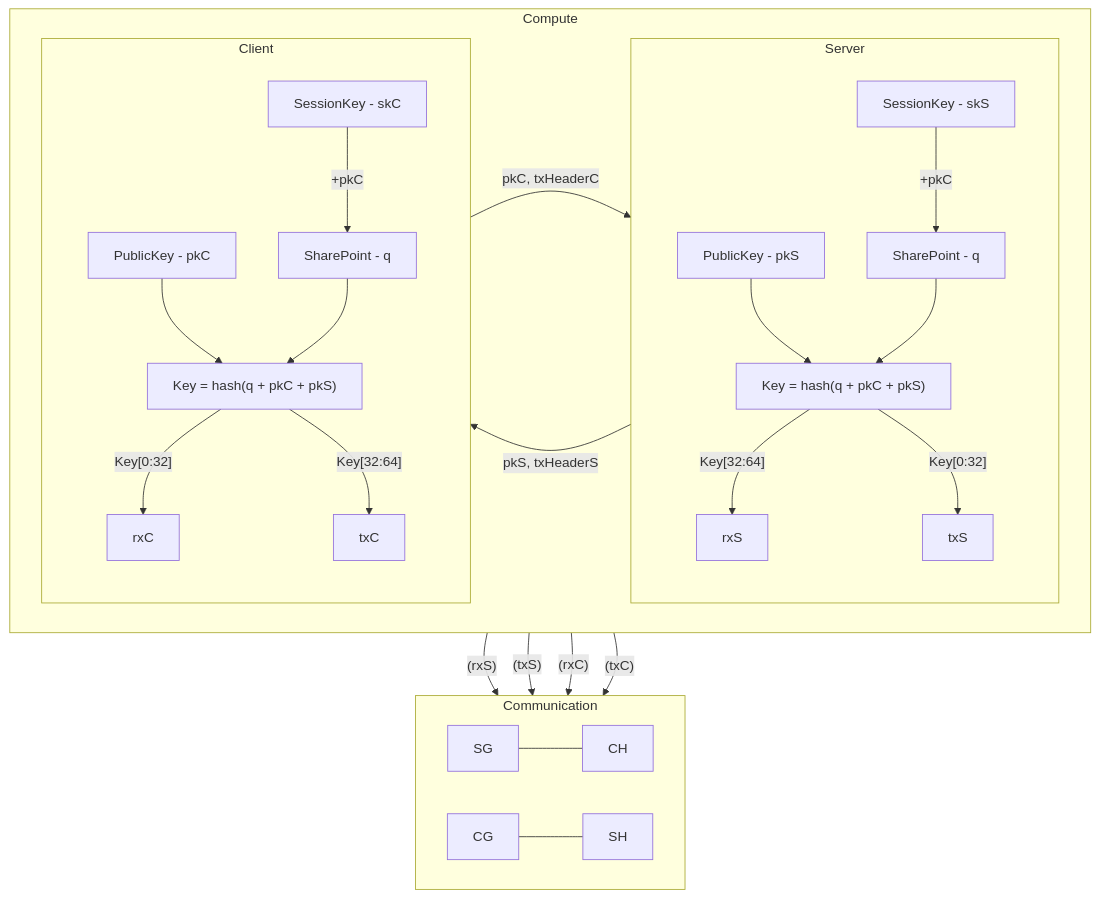
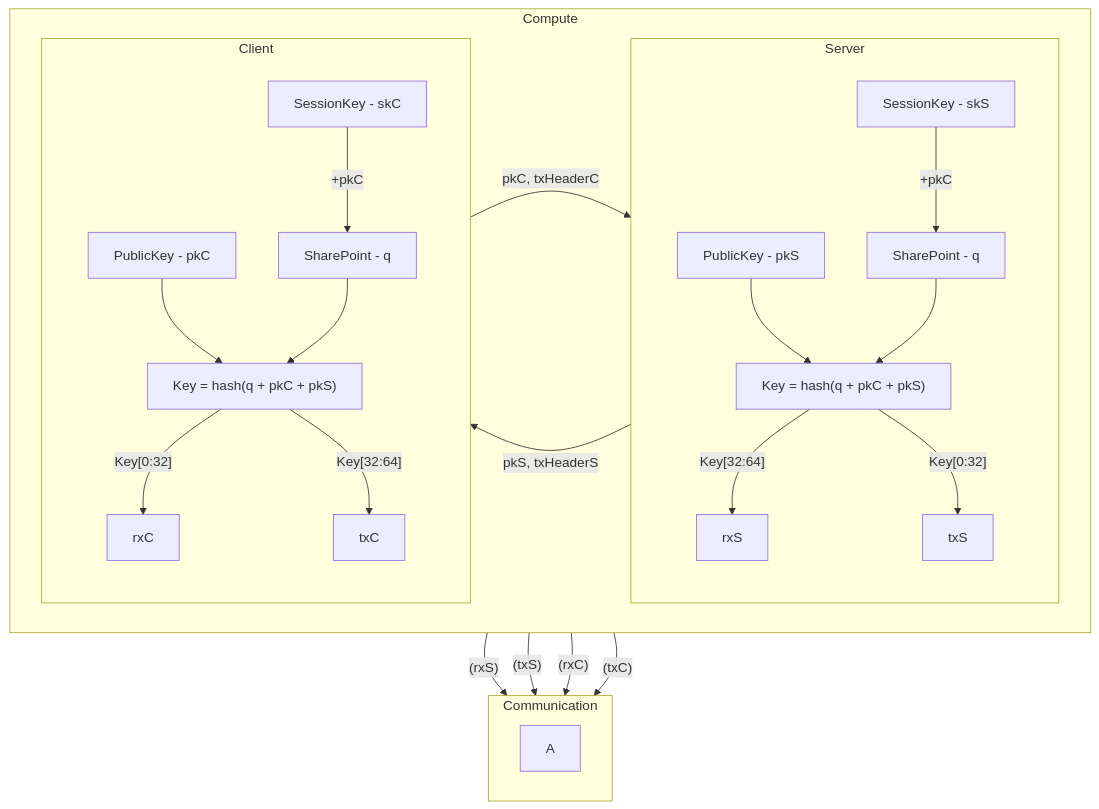
The second of 2 diagrams in simulation/README.md (Alonza0314/SSL-TLS-OpenZiti-Encryption-Study), drawn with Mermaid before and after one commit.

Commit message:
update via git

````diff
--- a/simulation/README.md
+++ b/simulation/README.md
@@ -20,39 +20,37 @@
 ```mermaid
 graph TB
     subgraph Compute
         direction LR
 
         subgraph Server
             direction TB
             SA[SessionKey - skS] -->|+pkC| SC[SharePoint - q]
             SB[PublicKey - pkS] --> SD["Key = hash(q + pkC + pkS)"]
             SC --> SD
             SD -->|"Key[32:64]"| SE[rxS]
             SD -->|"Key[0:32]"| SF[txS]
         end
 
         subgraph Client
             direction TB
             CA[SessionKey - skC] -->|+pkC| CC[SharePoint - q]
             CB[PublicKey - pkC] --> CD["Key = hash(q + pkC + pkS)"]
             CC --> CD
             CD -->|"Key[0:32]"| CE[rxC]
             CD -->|"Key[32:64]"| CF[txC]
         end
 
         Server -->|pkS, txHeaderS| Client
         Client -->|pkC, txHeaderC| Server
     end
 
     subgraph Communication
         direction LR
-        
-        SG --- CH
-        CG --- SH
+        A
     end
 
-    Server --> |"(rxS)"| Communication
-    Server --> |"(txS)"| Communication
-    Client --> |"(rxC)"| Communication
-    Client --> |"(txC)"| Communication
+    SE --> |"(rxS)"| Communication
+    SF --> |"(txS)"| Communication
+    CE --> |"(rxC)"| Communication
+    CF --> |"(txC)"| Communication
 ```
````
